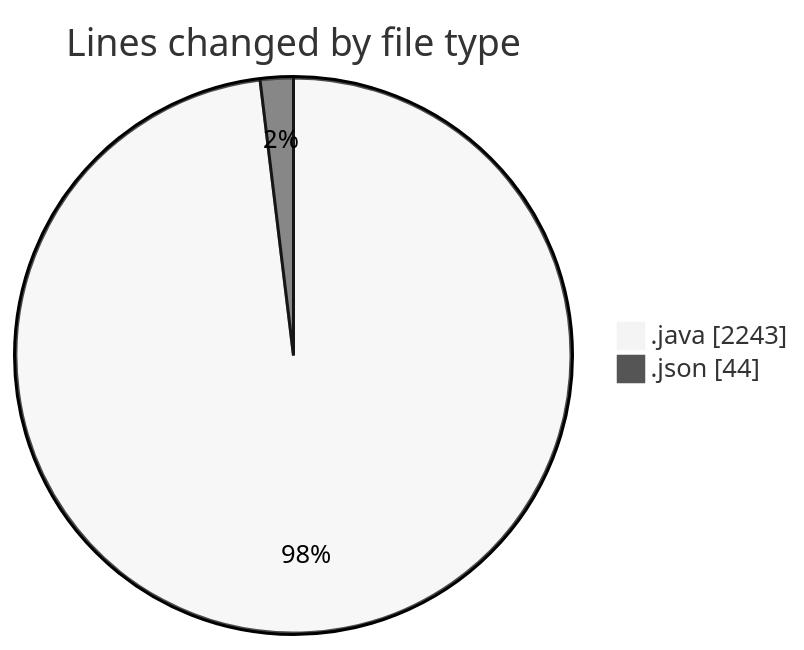
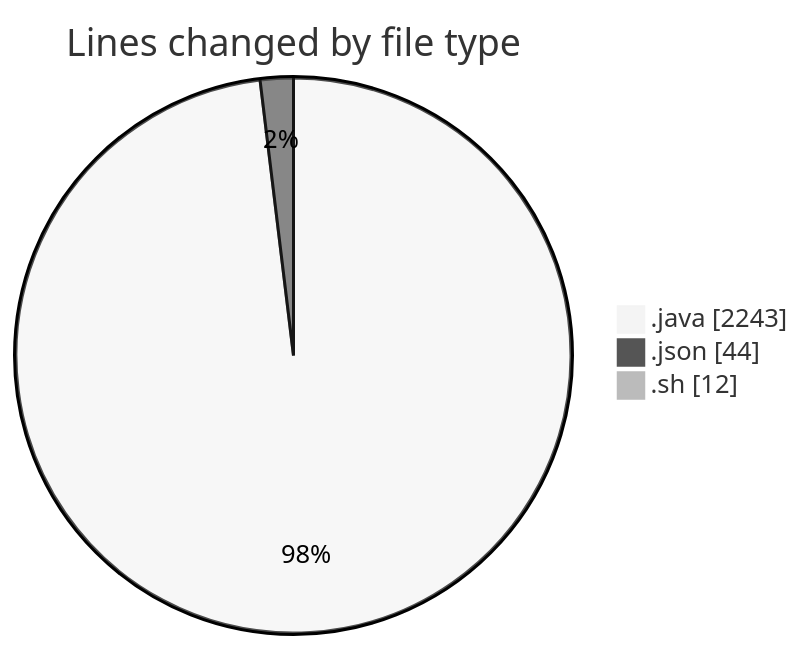
The first of 2 diagrams in 2025-02-23/micros/README.md (charlie-sans/code-tracking), drawn with Mermaid (neutral theme) before and after one commit. The commit also changed other lines of this file and 1 other file, not shown here.

````diff
--- a/2025-02-23/micros/README.md
+++ b/2025-02-23/micros/README.md
@@ -32,6 +35,7 @@
 ```mermaid
 pie showData
 title Lines changed by file type
 ".java" : 2243
 ".json" : 44
+".sh" : 12
 ```
````
